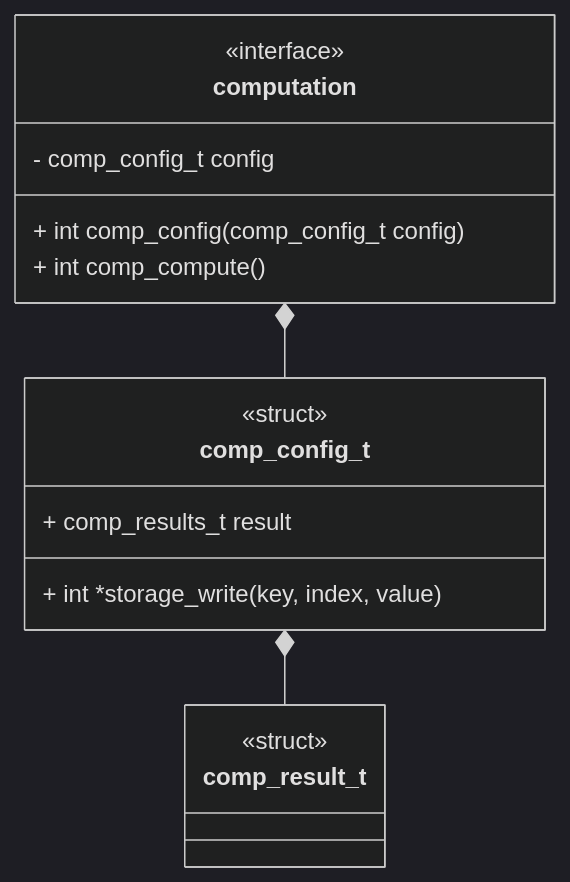
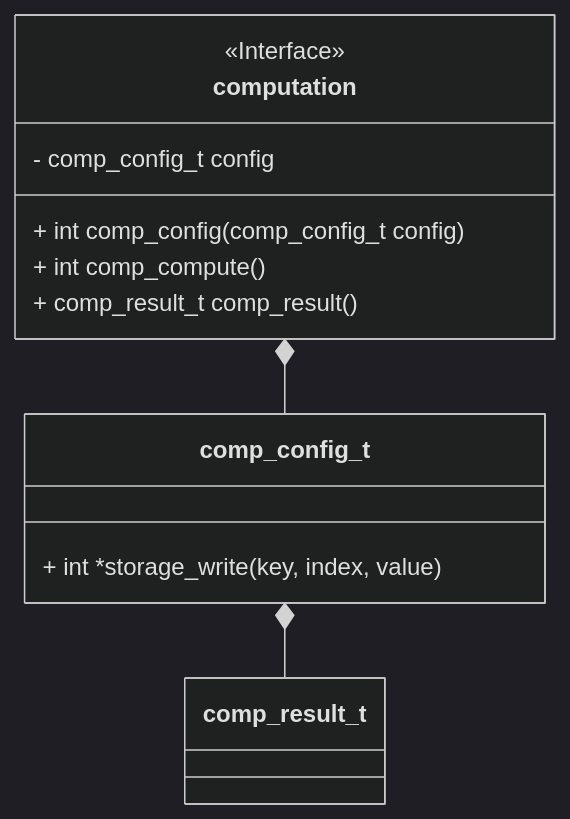
The first of 2 diagrams in sections/software/documentation/interfaces/computation.md (Joecstarr/thesis), drawn with Mermaid (dark theme) before and after one commit. The commit also changed other lines of this file and 17 other files, not shown here.

Commit message:
Improve: Adds decorators for class diagrams. Adds two computations for arborescent generation.

````diff
--- a/sections/software/documentation/interfaces/computation.md
+++ b/sections/software/documentation/interfaces/computation.md
@@ -13,22 +13,22 @@
 ```mermaid
 classDiagram
     computation *-- comp_config_t
     comp_config_t *-- comp_result_t
     class computation {
-        <<interface>>
+        <<Interface>>
         - comp_config_t config
         + int comp_config(comp_config_t config)
         + int comp_compute()
+        + comp_result_t comp_result()
     }
 
     class comp_config_t {
-        <<struct>>
-        + comp_results_t result
+
         + int *storage_write(key, index, value)
     }
 
     class comp_result_t {
-        <<struct>>
+
     }
 
 ```
````
